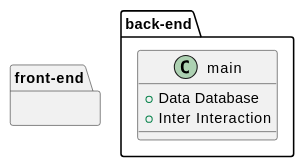
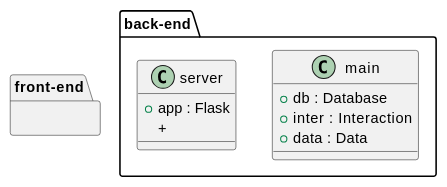
Before and after one commit to Nami-R2301/INM5151-Class_Meet: the diagram in diagrammes_classes/diag_c_sprint1.md, drawn with PlantUML. The commit also changed 3 other files, not shown here.

```diff
--- a/diagrammes_classes/diag_c_sprint1.md
+++ b/diagrammes_classes/diag_c_sprint1.md
@@ -1,12 +1,15 @@
 @startuml
 package front-end {
 
 }
 package back-end {
     class main {
-        + Data Database
-        + Inter Interaction
-
-    }
+        + db : Database
+        + inter : Interaction
+        + data : Data
+}
+class server {
+    + app : Flask
+    + 
 }
 @enduml
```
